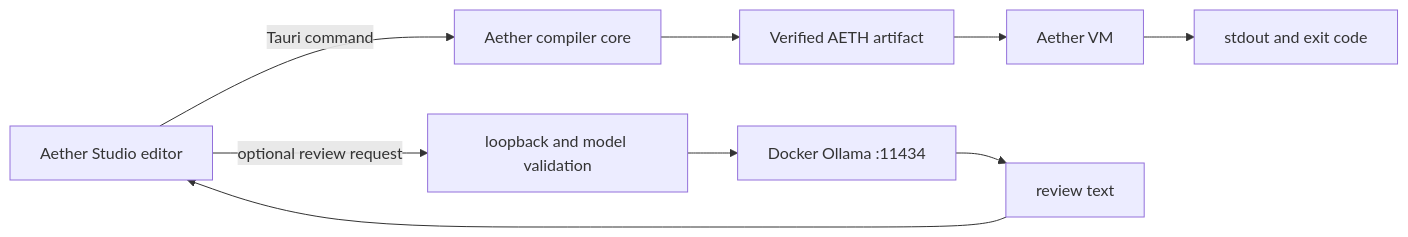
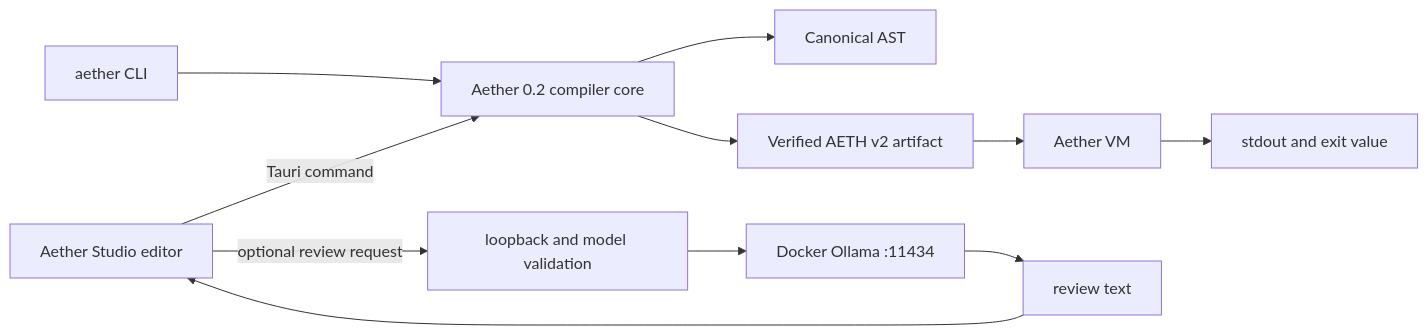
The diagram in docs/ARCHITECTURE.md (MrWizard94-Compile/XLang), drawn with Mermaid before and after one commit. The commit also changed other lines of this file and 20 other files, not shown here.

Commit message:
feat: implement Aether Stage 1 control flow

```diff
--- a/docs/ARCHITECTURE.md
+++ b/docs/ARCHITECTURE.md
@@ -3,11 +3,13 @@
 ~~~mermaid
 flowchart LR
-    Editor["Aether Studio editor"] -->|"Tauri command"| Core["Aether compiler core"]
-    Core --> Artifact["Verified AETH artifact"]
+    Editor["Aether Studio editor"] -->|"Tauri command"| Core["Aether 0.2 compiler core"]
+    CLI["aether CLI"] --> Core
+    Core --> Source["Canonical AST"]
+    Core --> Artifact["Verified AETH v2 artifact"]
     Artifact --> VM["Aether VM"]
-    VM --> Result["stdout and exit code"]
+    VM --> Result["stdout and exit value"]
     Editor -->|"optional review request"| Guard["loopback and model validation"]
     Guard --> Ollama["Docker Ollama :11434"]
     Ollama --> Review["review text"]
     Review --> Editor
 ~~~
```
